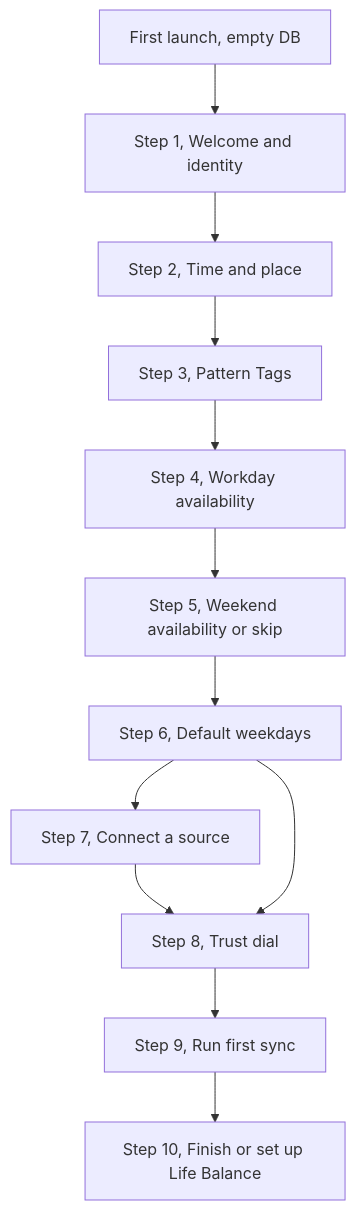
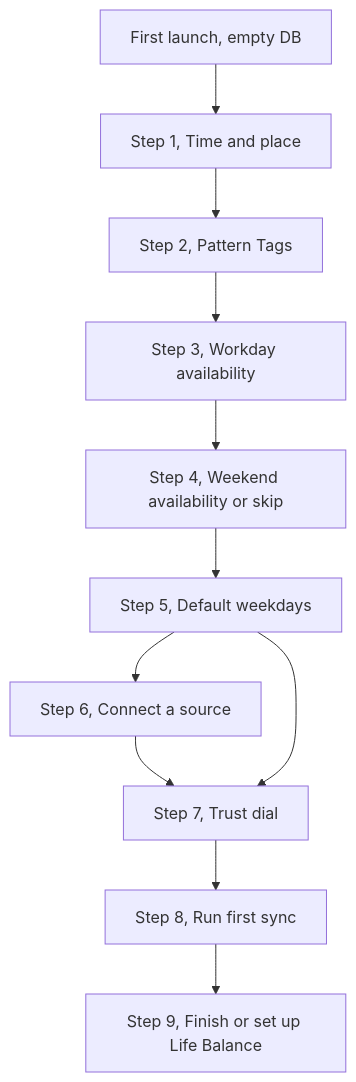
The diagram in docs/ftue-plan.md (companionintelligence/CI-Planning), drawn with Mermaid before and after one commit. The commit also changed other lines of this file and 79 other files, not shown here.

````diff
--- a/docs/ftue-plan.md
+++ b/docs/ftue-plan.md
@@ -151,14 +151,13 @@
 ```mermaid
 flowchart TD
-    A[First launch, empty DB] --> B[Step 1, Welcome and identity]
-    B --> C[Step 2, Time and place]
-    C --> D[Step 3, Pattern Tags]
-    D --> E[Step 4, Workday availability]
-    E --> F[Step 5, Weekend availability or skip]
-    F --> G[Step 6, Default weekdays]
-    G --> H[Step 7, Connect a source]
-    H --> I[Step 8, Trust dial]
-    I --> J[Step 9, Run first sync]
-    J --> K[Step 10, Finish or set up Life Balance]
-    G --> I
+    A[First launch, empty DB] --> B[Step 1, Time and place]
+    B --> C[Step 2, Pattern Tags]
+    C --> D[Step 3, Workday availability]
+    D --> E[Step 4, Weekend availability or skip]
+    E --> F[Step 5, Default weekdays]
+    F --> G[Step 6, Connect a source]
+    G --> H[Step 7, Trust dial]
+    H --> I[Step 8, Run first sync]
+    I --> J[Step 9, Finish or set up Life Balance]
+    F --> H
 ```
````
